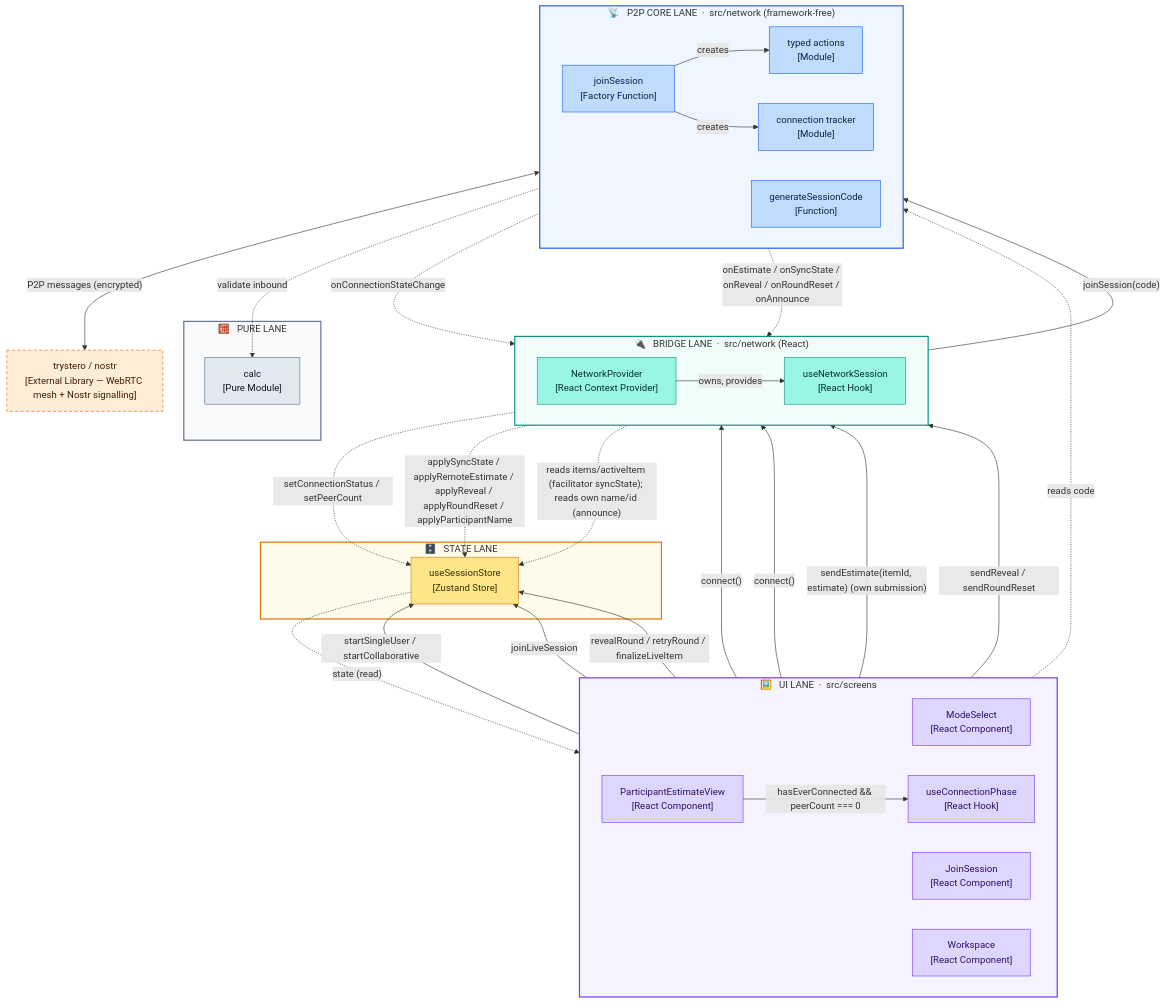
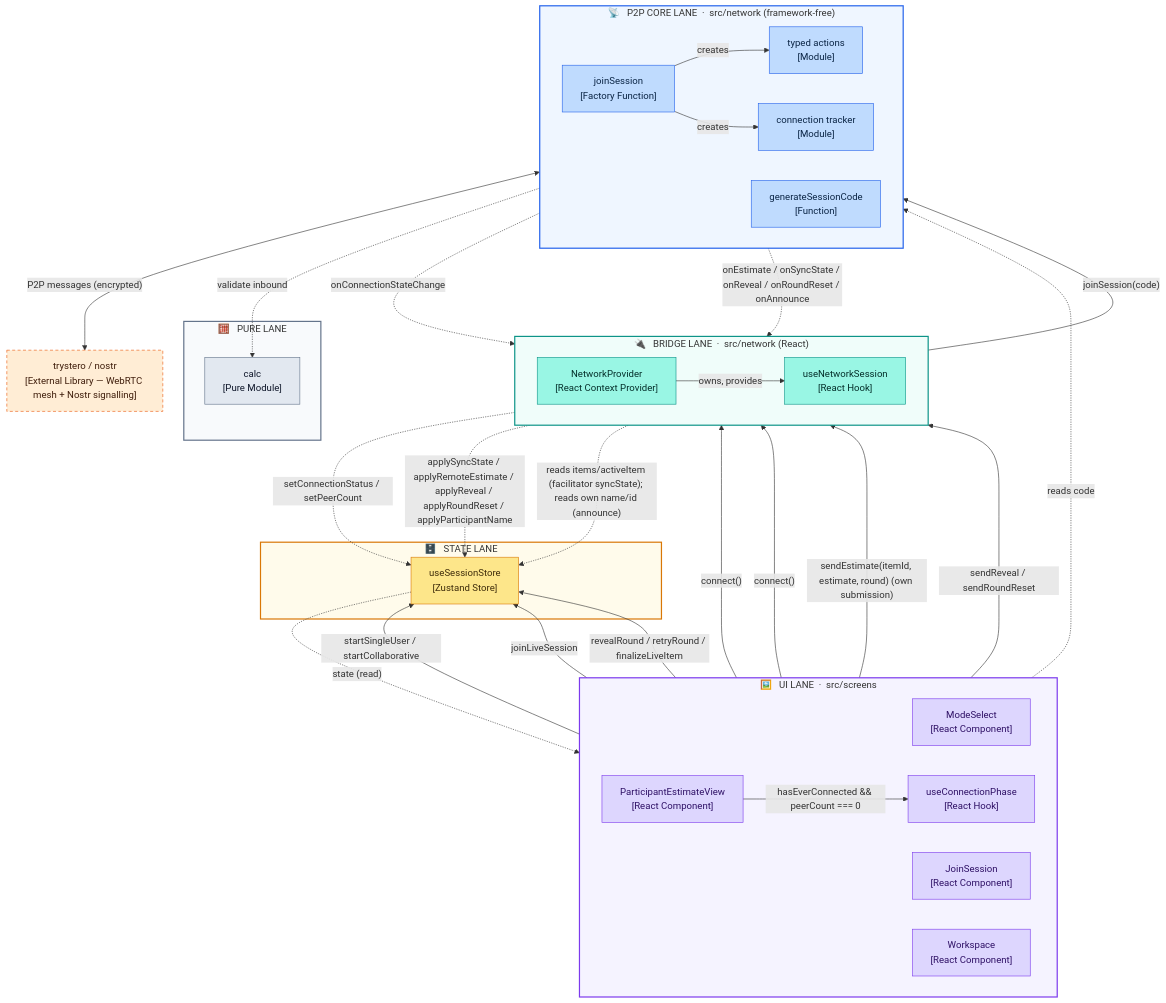
One commit to cfisch3r/estimate changed the first of 7 diagrams in docs/concepts/collaboration-mode.md. Above: the diagram before and after it, drawn with Mermaid. The commit also changed other lines of this file and 19 other files, not shown here.

First line of the commit message:
Per-item round counter on the session snapshot (#65)

````diff
--- a/docs/concepts/collaboration-mode.md
+++ b/docs/concepts/collaboration-mode.md
@@ -23,81 +23,81 @@
 ```mermaid
 flowchart TD
   subgraph screens["🖼️ &nbsp; UI LANE &nbsp;·&nbsp; src/screens"]
     direction LR
     MS["ModeSelect<br/>[React Component]"]
     JS["JoinSession<br/>[React Component]"]
     PEV["ParticipantEstimateView<br/>[React Component]"]
     WS["Workspace<br/>[React Component]"]
     UCP["useConnectionPhase<br/>[React Hook]"]
   end
 
   subgraph statelane["🗄️ &nbsp; STATE LANE"]
     Store["useSessionStore<br/>[Zustand Store]"]
   end
 
   subgraph bridge["🔌 &nbsp; BRIDGE LANE &nbsp;·&nbsp; src/network (React)"]
     direction LR
     NP["NetworkProvider<br/>[React Context Provider]"]
     Hook["useNetworkSession<br/>[React Hook]"]
   end
 
   subgraph core["📡 &nbsp; P2P CORE LANE &nbsp;·&nbsp; src/network (framework-free)"]
     direction LR
     JSN["joinSession<br/>[Factory Function]"]
     Act["typed actions<br/>[Module]"]
     Conn["connection tracker<br/>[Module]"]
     Code["generateSessionCode<br/>[Function]"]
   end
 
   subgraph purelane["🧮 &nbsp; PURE LANE"]
     Calc["calc<br/>[Pure Module]"]
   end
 
   Trystero["trystero / nostr<br/>[External Library — WebRTC mesh + Nostr signalling]"]
 
   %% --- synchronous calls (solid) ---
   MS -->|"startSingleUser / startCollaborative"| Store
   JS -->|"joinLiveSession"| Store
   MS -->|"connect()"| Hook
   JS -->|"connect()"| Hook
   MS -.->|"reads code"| Code
   NP -->|"owns, provides"| Hook
   Hook -->|"joinSession(code)"| JSN
-  PEV -->|"sendEstimate(itemId, estimate) (own submission)"| Hook
+  PEV -->|"sendEstimate(itemId, estimate, round) (own submission)"| Hook
   WS -->|"revealRound / retryRound / finalizeLiveItem"| Store
   WS -->|"sendReveal / sendRoundReset"| Hook
   JSN -->|"creates"| Act
   JSN -->|"creates"| Conn
   Act <-->|"P2P messages (encrypted)"| Trystero
   Act -.->|"validate inbound"| Calc
 
   %% --- asynchronous events / reads (dotted) ---
   Conn -.->|"onConnectionStateChange"| Hook
   Act -.->|"onEstimate / onSyncState / onReveal / onRoundReset / onAnnounce"| NP
   Hook -.->|"setConnectionStatus / setPeerCount"| Store
   NP -.->|"applySyncState / applyRemoteEstimate / applyReveal / applyRoundReset / applyParticipantName"| Store
   NP -.->|"reads items/activeItem (facilitator syncState); reads own name/id (announce)"| Store
   Store -.->|"state (read)"| screens
   PEV -->|"hasEverConnected && peerCount === 0"| UCP
 
   %% --- lane + node colours ---
   classDef ui     fill:#DDD6FE,stroke:#7C3AED,color:#2E1065
   classDef state  fill:#FDE68A,stroke:#D97706,color:#3F2D0B
   classDef br     fill:#99F6E4,stroke:#0D9488,color:#042F2A
   classDef pcore  fill:#BFDBFE,stroke:#2563EB,color:#0B2545
   classDef pure   fill:#E2E8F0,stroke:#64748B,color:#0F172A
   classDef ext    fill:#FFEDD5,stroke:#EA580C,color:#3F1D0B,stroke-dasharray:5 4
 
   class MS,JS,PEV,WS,UCP ui
   class Store state
   class NP,Hook br
   class JSN,Act,Conn,Code pcore
   class Calc pure
   class Trystero ext
 
   style screens   fill:#F5F3FF,stroke:#7C3AED,stroke-width:2px
   style statelane fill:#FFFBEB,stroke:#D97706,stroke-width:2px
   style bridge    fill:#F0FDFA,stroke:#0D9488,stroke-width:2px
   style core      fill:#EFF6FF,stroke:#2563EB,stroke-width:2px
   style purelane  fill:#F8FAFC,stroke:#64748B,stroke-width:2px
 ```
````
